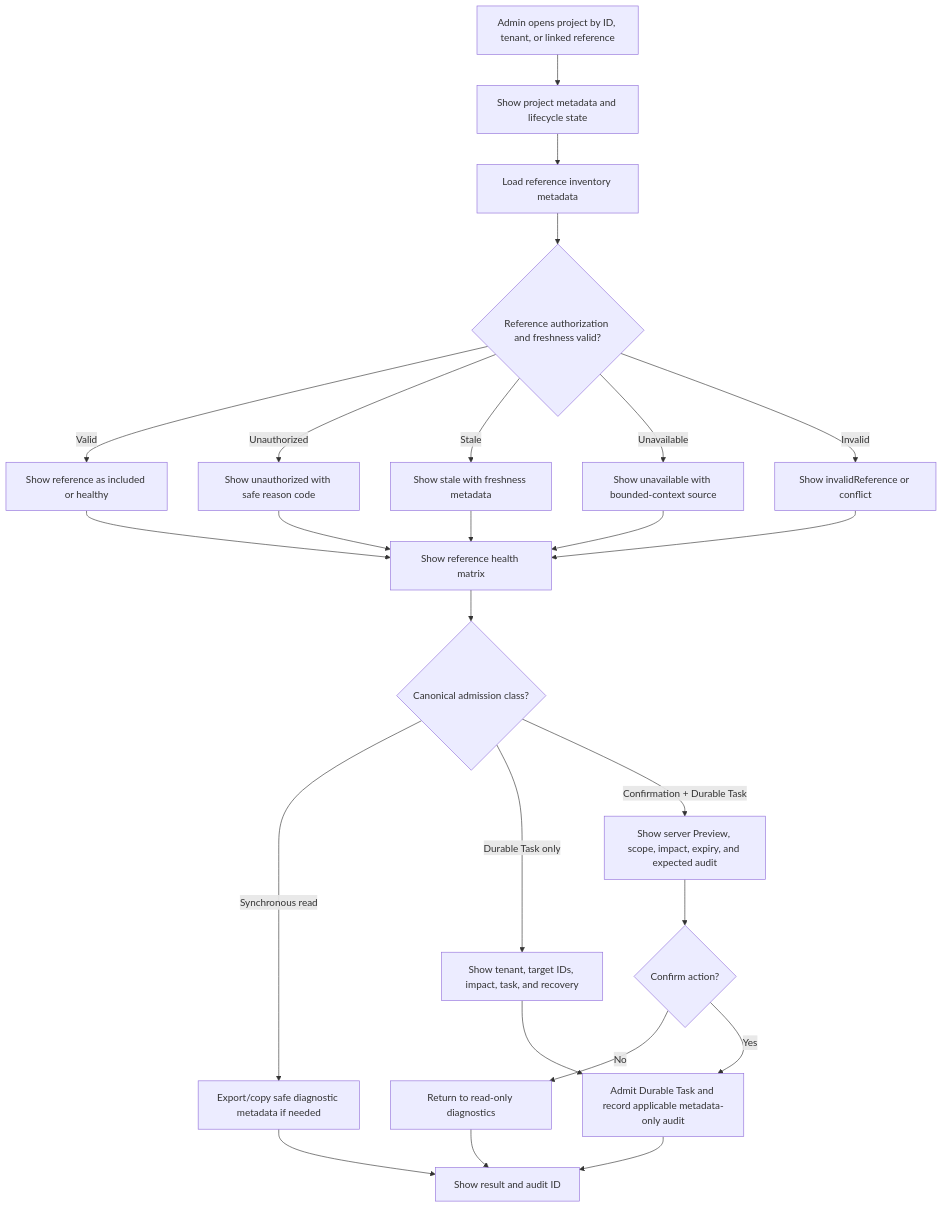
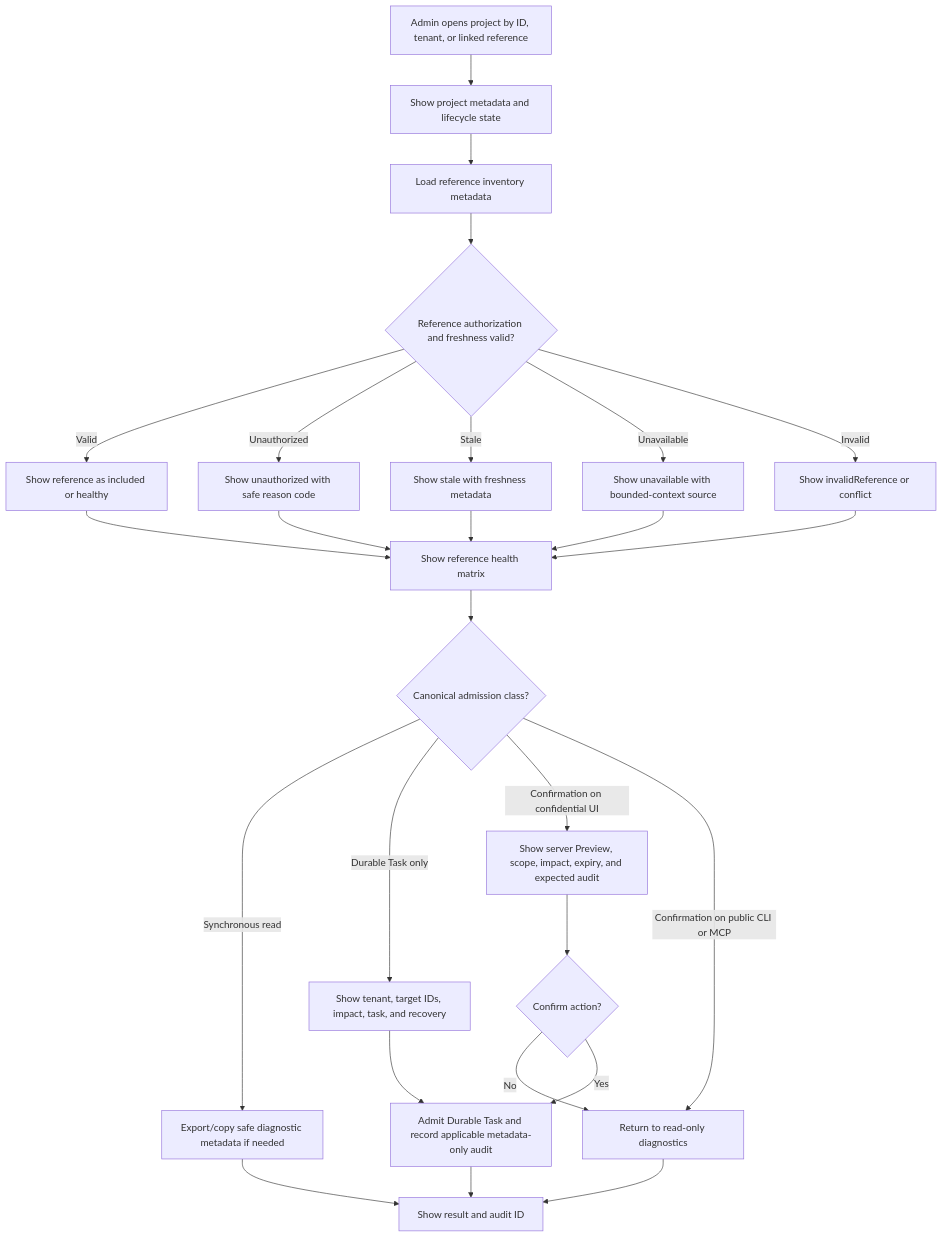
Before and after one commit to Hexalith/Hexalith.Projects: the second of 3 diagrams in _bmad-output/planning-artifacts/ux-design-specification.md, drawn with Mermaid. The commit also changed other lines of this file and 6 other files, not shown here.

````diff
--- a/_bmad-output/planning-artifacts/ux-design-specification.md
+++ b/_bmad-output/planning-artifacts/ux-design-specification.md
@@ -616,27 +616,28 @@
 ```mermaid
 flowchart TD
     A[Admin opens project by ID, tenant, or linked reference] --> B[Show project metadata and lifecycle state]
     B --> C[Load reference inventory metadata]
     C --> D{Reference authorization and freshness valid?}
     D -- Valid --> E[Show reference as included or healthy]
     D -- Unauthorized --> F[Show unauthorized with safe reason code]
     D -- Stale --> G[Show stale with freshness metadata]
     D -- Unavailable --> H[Show unavailable with bounded-context source]
     D -- Invalid --> I[Show invalidReference or conflict]
     E --> J[Show reference health matrix]
     F --> J
     G --> J
     H --> J
     I --> J
     J --> K{Canonical admission class?}
     K -- Synchronous read --> L[Export/copy safe diagnostic metadata if needed]
     K -- Durable Task only --> M[Show tenant, target IDs, impact, task, and recovery]
-    K -- Confirmation + Durable Task --> N[Show server Preview, scope, impact, expiry, and expected audit]
+    K -- Confirmation on confidential UI --> N[Show server Preview, scope, impact, expiry, and expected audit]
+    K -- Confirmation on public CLI or MCP --> P
     N --> O{Confirm action?}
     O -- No --> P[Return to read-only diagnostics]
     O -- Yes --> Q[Admit Durable Task and record applicable metadata-only audit]
     M --> Q
     Q --> R[Show result and audit ID]
     L --> R
     P --> R
 ```
````
